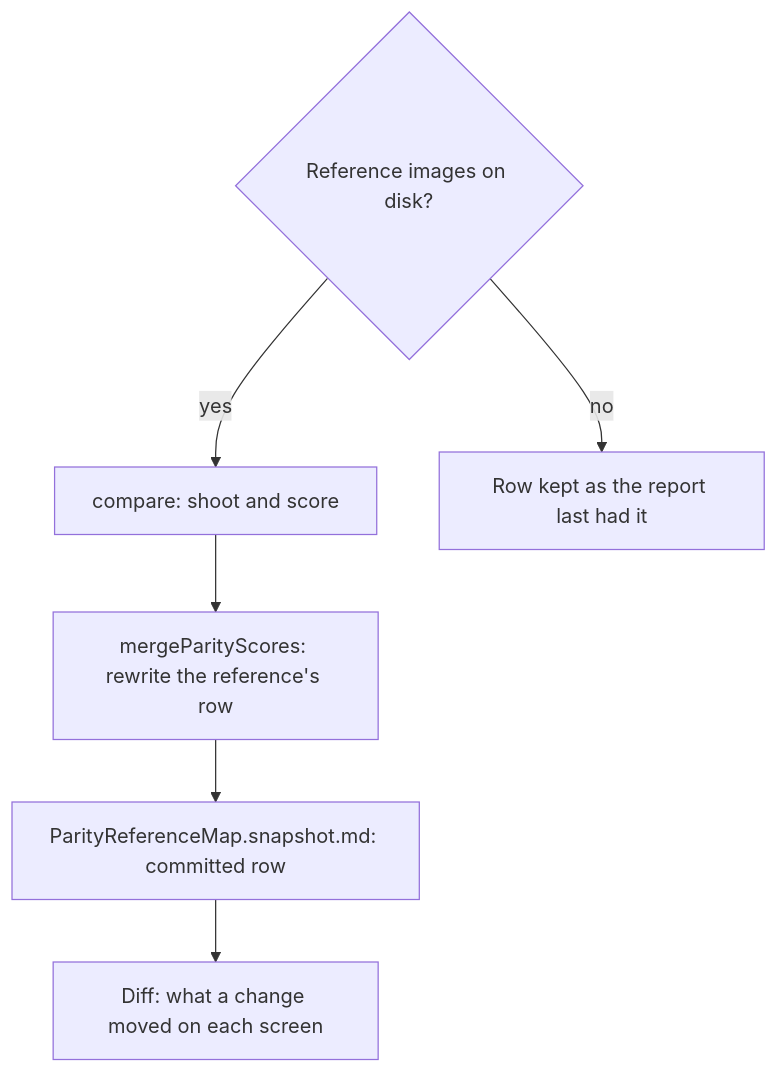
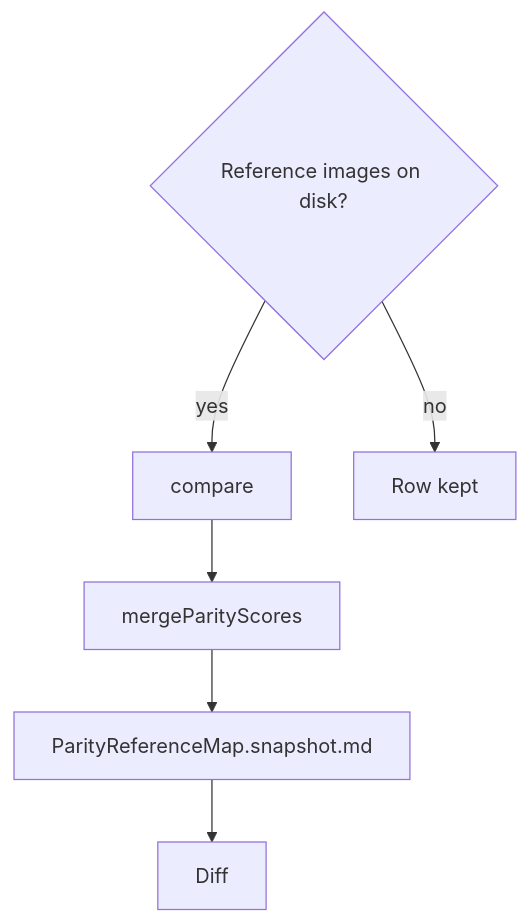
The diagram in openspec/specs/genshin/parity/compare/design.md (Esposter/Esposter), drawn with Mermaid before and after one commit. The commit also changed other lines of this file and 11 other files, not shown here.

````diff
--- a/openspec/specs/genshin/parity/compare/design.md
+++ b/openspec/specs/genshin/parity/compare/design.md
@@ -15,8 +15,8 @@
 ```mermaid
 flowchart TD
-  REF{"Reference images on disk?"} -->|yes| CMP["compare: shoot and score"]
-  REF -->|no| KEEP["Row kept as the report last had it"]
-  CMP --> MERGE["mergeParityScores: rewrite the reference's row"]
-  MERGE --> SNAP["ParityReferenceMap.snapshot.md: committed row"]
-  SNAP --> DIFF["Diff: what a change moved on each screen"]
+  REF{"Reference images on disk?"} -->|yes| CMP["compare"]
+  REF -->|no| KEEP["Row kept"]
+  CMP --> MERGE["mergeParityScores"]
+  MERGE --> SNAP["ParityReferenceMap.snapshot.md"]
+  SNAP --> DIFF["Diff"]
 ```
````
